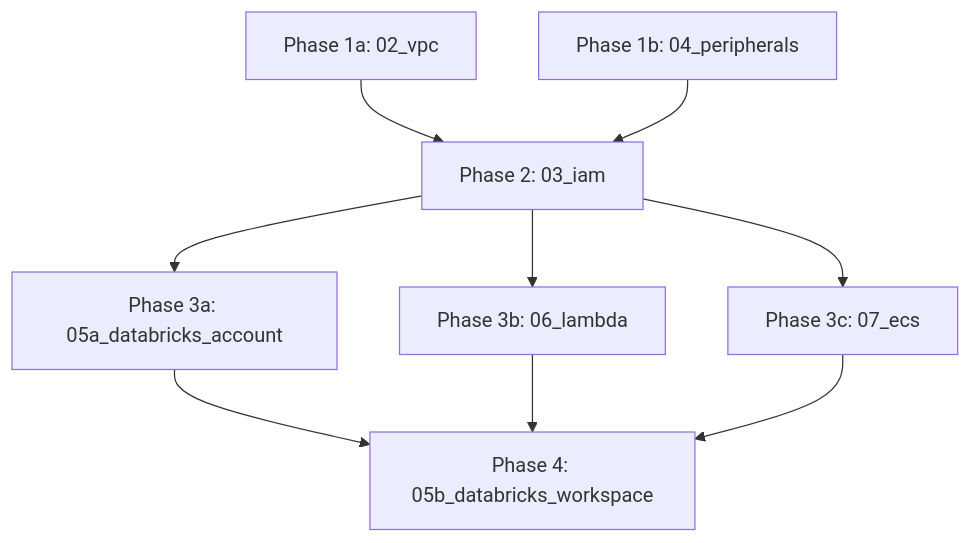
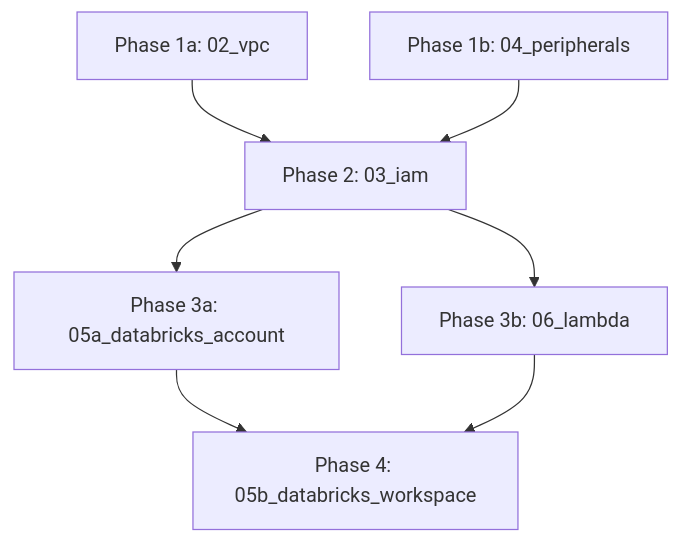
The third of 3 diagrams in specs/memory/architecture.md (marcoaureliomenezes/dd_chain_explorer), drawn with Mermaid before and after one commit. The commit also changed other lines of this file and 15 other files, not shown here.

````diff
--- a/specs/memory/architecture.md
+++ b/specs/memory/architecture.md
@@ -166,9 +145,8 @@
 ```mermaid
 flowchart TD
   P1A["Phase 1a: 02_vpc"] & P1B["Phase 1b: 04_peripherals"] --> P2
-  P2["Phase 2: 03_iam"] --> P3A & P3B & P3C
+  P2["Phase 2: 03_iam"] --> P3A & P3B
   P3A["Phase 3a: 05a_databricks_account"]
   P3B["Phase 3b: 06_lambda"]
-  P3C["Phase 3c: 07_ecs"]
-  P3A & P3B & P3C --> P4["Phase 4: 05b_databricks_workspace"]
+  P3A & P3B --> P4["Phase 4: 05b_databricks_workspace"]
 ```
````
